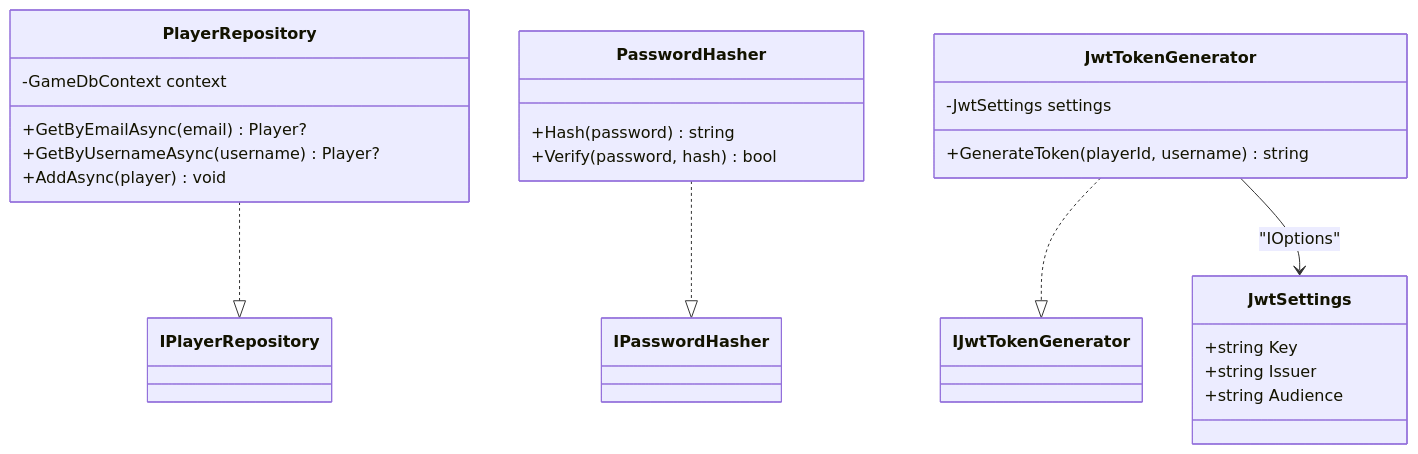
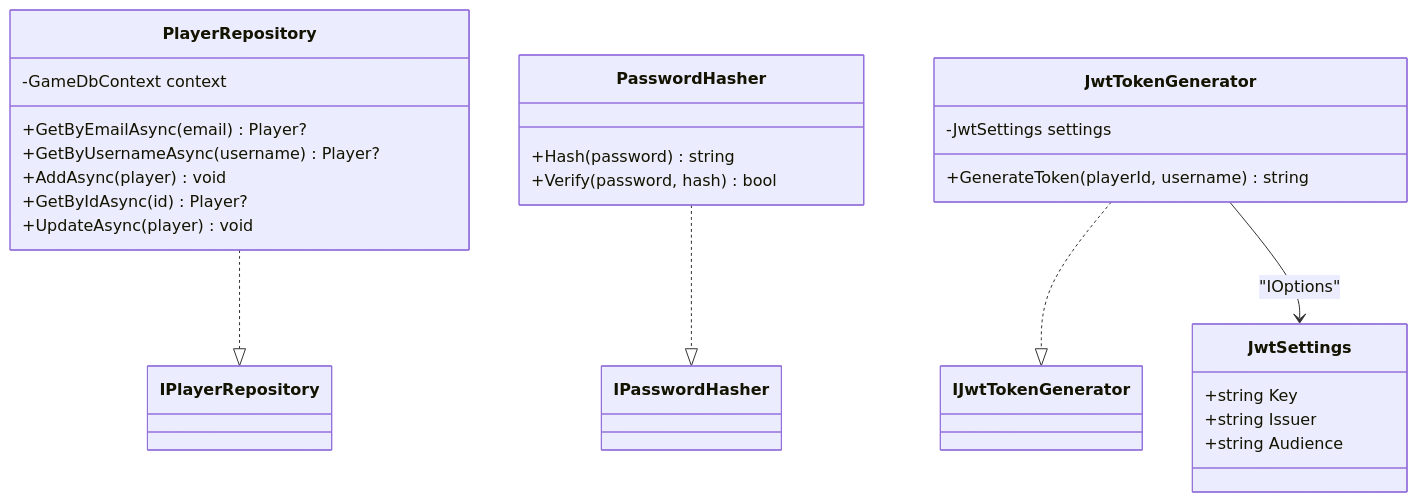
The sixth of 8 diagrams in .qoder/repowiki/en/content/Architecture & Design/Dependency Injection & Service Registration.md (MuhammadFaizanQamar/game-backend-service), drawn with Mermaid before and after one commit. The commit also changed other lines of this file and 62 other files, not shown here.

````diff
--- a/.qoder/repowiki/en/content/Architecture & Design/Dependency Injection & Service Registration.md
+++ b/.qoder/repowiki/en/content/Architecture & Design/Dependency Injection & Service Registration.md
@@ -259,29 +317,31 @@
 ```mermaid
 classDiagram
 class PlayerRepository {
 -GameDbContext context
 +GetByEmailAsync(email) Player?
 +GetByUsernameAsync(username) Player?
 +AddAsync(player) void
++GetByIdAsync(id) Player?
++UpdateAsync(player) void
 }
 class PasswordHasher {
 +Hash(password) string
 +Verify(password, hash) bool
 }
 class JwtTokenGenerator {
 -JwtSettings settings
 +GenerateToken(playerId, username) string
 }
 class JwtSettings {
 +string Key
 +string Issuer
 +string Audience
 }
 class IPlayerRepository
 class IPasswordHasher
 class IJwtTokenGenerator
 PlayerRepository ..|> IPlayerRepository
 PasswordHasher ..|> IPasswordHasher
 JwtTokenGenerator ..|> IJwtTokenGenerator
 JwtTokenGenerator --> JwtSettings : "IOptions<JwtSettings>"
 ```
````
